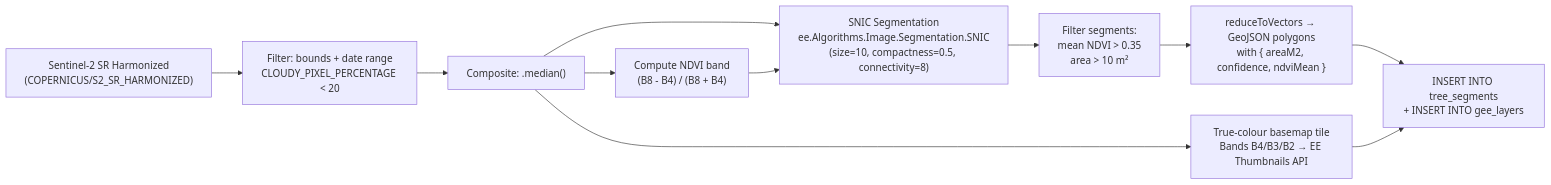
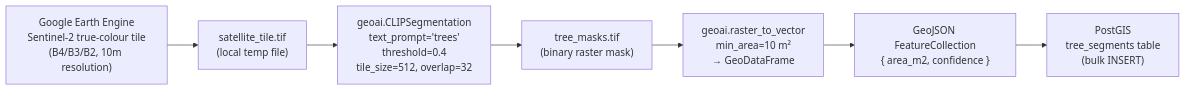
One commit to D33pakGanesh/heatgpt-old changed the ninth of 9 diagrams in .kiro/specs/heatgpt/design.md. Above: the diagram before and after it, drawn with Mermaid. The commit also changed other lines of this file and 2 other files, not shown here.

First line of the commit message:
refactor: replace SNIC with geoai-py CLIPSeg for true GeoAI tree segmentation

````diff
--- a/.kiro/specs/heatgpt/design.md
+++ b/.kiro/specs/heatgpt/design.md
@@ -2267,18 +2360,12 @@
 ```mermaid
 graph LR
-    S2["Sentinel-2 SR Harmonized\n(COPERNICUS/S2_SR_HARMONIZED)"]
-    Filter["Filter: bounds + date range\nCLOUDY_PIXEL_PERCENTAGE < 20"]
-    Median["Composite: .median()"]
-    NDVI["Compute NDVI band\n(B8 - B4) / (B8 + B4)"]
-    SNIC["SNIC Segmentation\nee.Algorithms.Image.Segmentation.SNIC\n(size=10, compactness=0.5, connectivity=8)"]
-    VegFilter["Filter segments:\nmean NDVI > 0.35\narea > 10 m²"]
-    Vectors["reduceToVectors → GeoJSON polygons\nwith { areaM2, confidence, ndviMean }"]
-    Basemap["True-colour basemap tile\nBands B4/B3/B2 → EE Thumbnails API"]
-    Store["INSERT INTO tree_segments\n+ INSERT INTO gee_layers"]
+    EE["Google Earth Engine\nSentinel-2 true-colour tile\n(B4/B3/B2, 10m resolution)"]
+    TIF["satellite_tile.tif\n(local temp file)"]
+    CLIP["geoai.CLIPSegmentation\ntext_prompt='trees'\nthreshold=0.4\ntile_size=512, overlap=32"]
+    MASK["tree_masks.tif\n(binary raster mask)"]
+    VEC["geoai.raster_to_vector\nmin_area=10 m²\n→ GeoDataFrame"]
+    GEOJSON["GeoJSON FeatureCollection\n{ area_m2, confidence }"]
+    DB["PostGIS\ntree_segments table\n(bulk INSERT)"]
 
-    S2 --> Filter --> Median --> NDVI
-    Median --> SNIC
-    NDVI --> SNIC
-    SNIC --> VegFilter --> Vectors --> Store
-    Median --> Basemap --> Store
+    EE --> TIF --> CLIP --> MASK --> VEC --> GEOJSON --> DB
 ```
````
